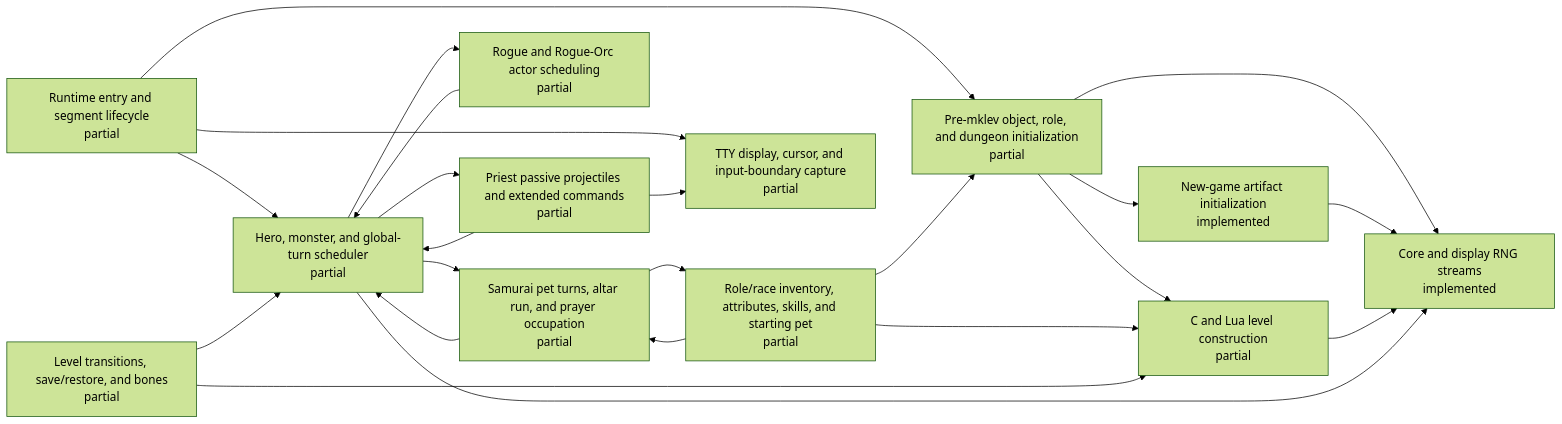
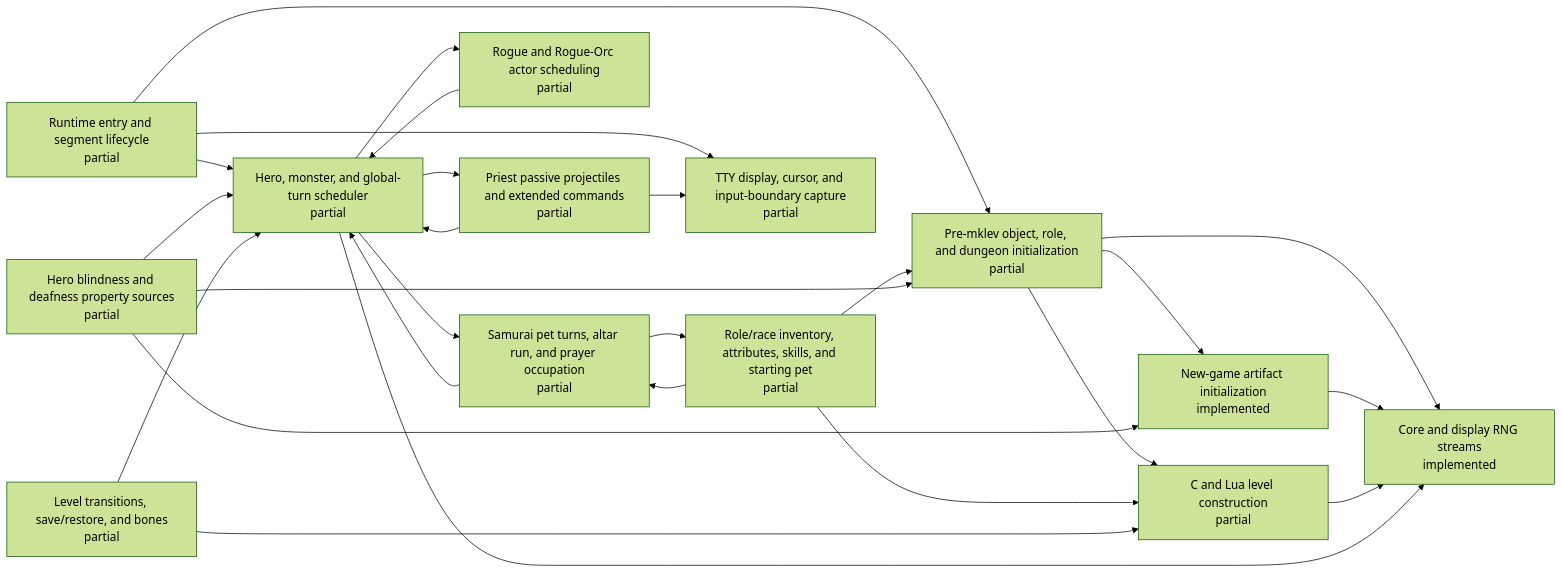
The diagram in docs/architecture/c-lua-ownership.generated.md (daoa0601/teleport-contest), drawn with Mermaid (forest theme) before and after one commit. The commit also changed other lines of this file and 3 other files, not shown here.

````diff
--- a/docs/architecture/c-lua-ownership.generated.md
+++ b/docs/architecture/c-lua-ownership.generated.md
@@ -11,37 +11,41 @@
 ```mermaid
 flowchart LR
     n_runtime_entry["Runtime entry and segment lifecycle<br/>partial"]
     n_rng_core["Core and display RNG streams<br/>implemented"]
     n_startup_pre_mklev["Pre-mklev object, role, and dungeon initialization<br/>partial"]
     n_startup_artifacts["New-game artifact initialization<br/>implemented"]
     n_startup_role_inventory["Role/race inventory, attributes, skills, and starting pet<br/>partial"]
+    n_hero_sensory_properties["Hero blindness and deafness property sources<br/>partial"]
     n_level_generation["C and Lua level construction<br/>partial"]
     n_turn_scheduler["Hero, monster, and global-turn scheduler<br/>partial"]
     n_samurai_pet_turns["Samurai pet turns, altar run, and prayer occupation<br/>partial"]
     n_rogue_actor_scheduling["Rogue and Rogue-Orc actor scheduling<br/>partial"]
     n_priest_passive_projectiles["Priest passive projectiles and extended commands<br/>partial"]
     n_tty_display["TTY display, cursor, and input-boundary capture<br/>partial"]
     n_level_transition_persistence["Level transitions, save/restore, and bones<br/>partial"]
     n_runtime_entry --> n_startup_pre_mklev
     n_runtime_entry --> n_turn_scheduler
     n_runtime_entry --> n_tty_display
     n_startup_pre_mklev --> n_rng_core
     n_startup_pre_mklev --> n_startup_artifacts
     n_startup_pre_mklev --> n_level_generation
     n_startup_artifacts --> n_rng_core
     n_startup_role_inventory --> n_startup_pre_mklev
     n_startup_role_inventory --> n_level_generation
     n_startup_role_inventory --> n_samurai_pet_turns
+    n_hero_sensory_properties --> n_startup_pre_mklev
+    n_hero_sensory_properties --> n_startup_artifacts
+    n_hero_sensory_properties --> n_turn_scheduler
     n_level_generation --> n_rng_core
     n_turn_scheduler --> n_rng_core
     n_turn_scheduler --> n_samurai_pet_turns
     n_turn_scheduler --> n_rogue_actor_scheduling
     n_turn_scheduler --> n_priest_passive_projectiles
     n_samurai_pet_turns --> n_turn_scheduler
     n_samurai_pet_turns --> n_startup_role_inventory
     n_rogue_actor_scheduling --> n_turn_scheduler
     n_priest_passive_projectiles --> n_turn_scheduler
     n_priest_passive_projectiles --> n_tty_display
     n_level_transition_persistence --> n_level_generation
     n_level_transition_persistence --> n_turn_scheduler
 ```
````
